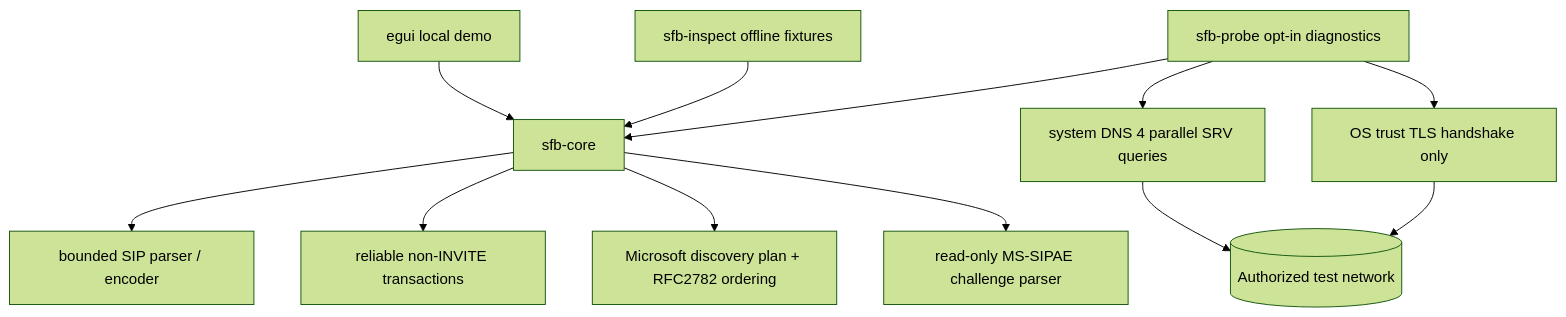
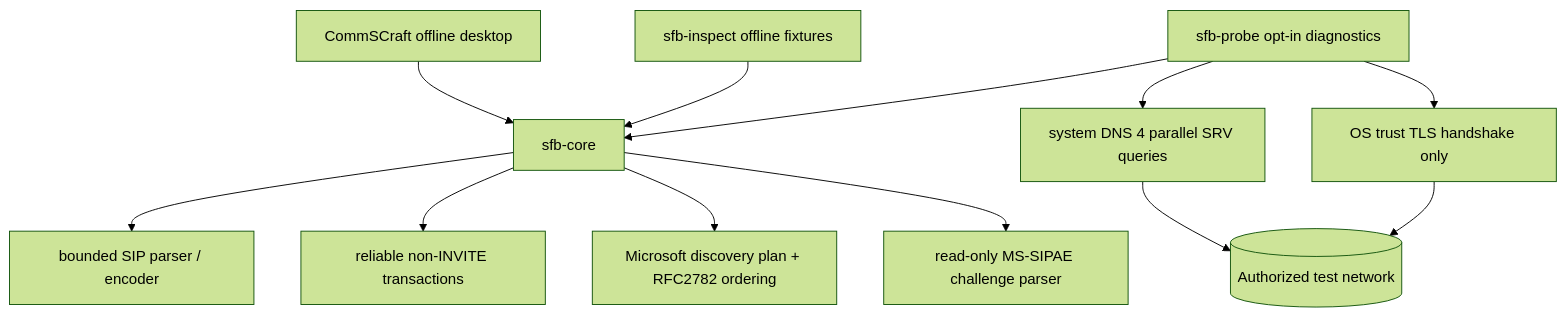
One commit to NelvinBHV/CommSCraft changed the first of 2 diagrams in docs/architecture.md. Above: the diagram before and after it, drawn with Mermaid (forest theme). The commit also changed other lines of this file and 15 other files, not shown here.

Commit message:
refactor(branding): rename desktop Rust package and executable to CommSCraft

````diff
--- a/docs/architecture.md
+++ b/docs/architecture.md
@@ -3,14 +3,14 @@
 ```mermaid
 flowchart TD
-    UI[egui local demo] --> CORE[sfb-core]
+    UI[CommSCraft offline desktop] --> CORE[sfb-core]
     INSPECT[sfb-inspect offline fixtures] --> CORE
     PROBE[sfb-probe opt-in diagnostics] --> CORE
     CORE --> SIP[bounded SIP parser / encoder]
     CORE --> TX[reliable non-INVITE transactions]
     CORE --> PLAN[Microsoft discovery plan + RFC2782 ordering]
     CORE --> CHALLENGE[read-only MS-SIPAE challenge parser]
     PROBE --> DNS[system DNS 4 parallel SRV queries]
     PROBE --> TLS[OS trust TLS handshake only]
     DNS --> LAB[(Authorized test network)]
     TLS --> LAB
 ```
````
